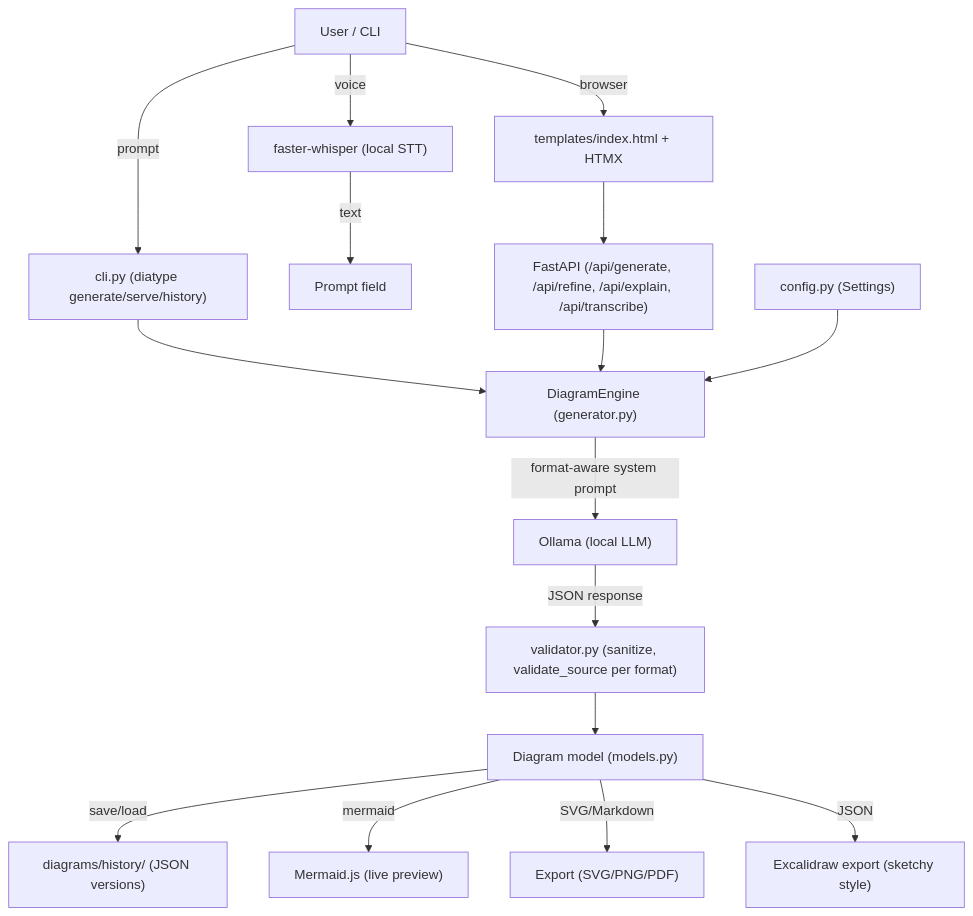
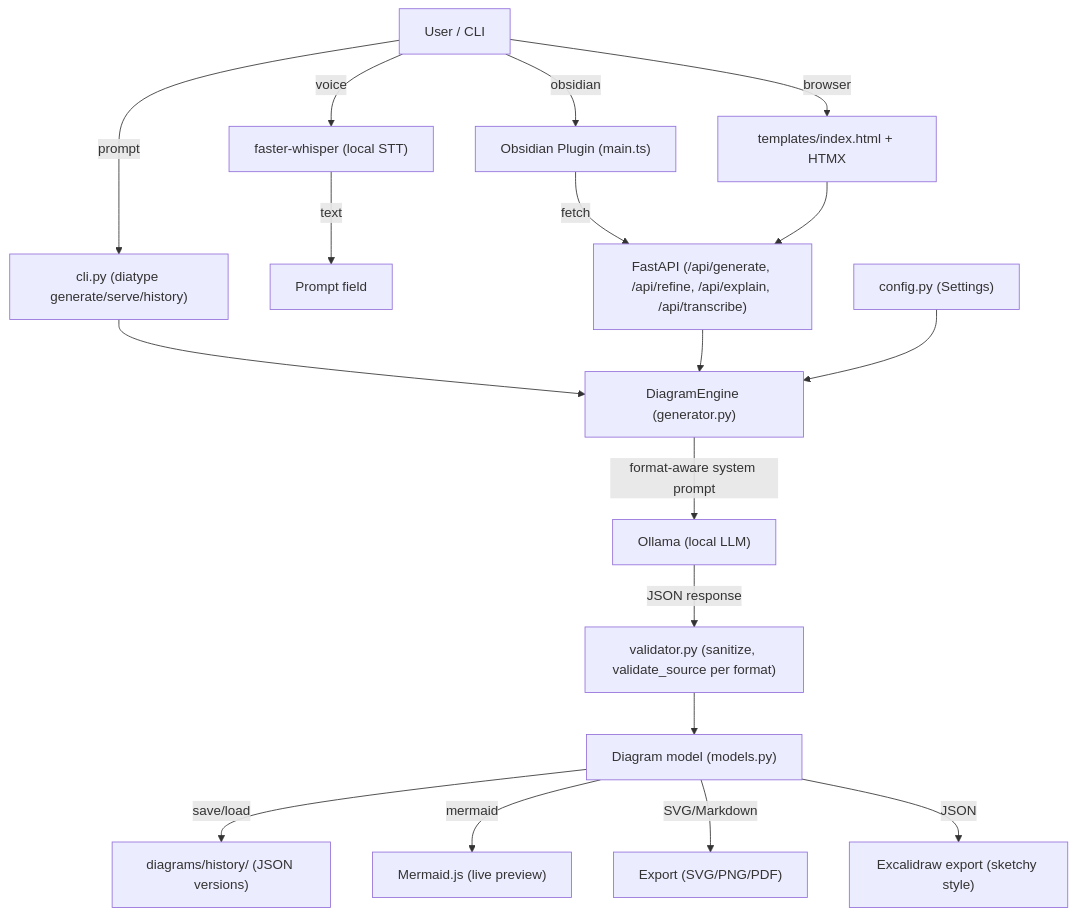
The diagram in README.md (ajendras/diatype), drawn with Mermaid before and after one commit. The commit also changed other lines of this file and 7 other files, not shown here.

Commit message:
feat(obsidian): create Obsidian plugin to insert generated diagrams

````diff
--- a/README.md
+++ b/README.md
@@ -259,18 +282,20 @@
 ```mermaid
 flowchart TD
     User[User / CLI] -->|prompt| CLI["cli.py (diatype generate/serve/history)"]
     User -->|voice| Whisper["faster-whisper (local STT)"]
     Whisper -->|text| Prompt[Prompt field]
     User -->|browser| UI["templates/index.html + HTMX"]
+    User -->|obsidian| Obsidian["Obsidian Plugin (main.ts)"]
+    Obsidian -->|fetch| FastAPI["FastAPI (/api/generate)"]
     CLI --> Engine["DiagramEngine (generator.py)"]
     UI --> FastAPI["FastAPI (/api/generate, /api/refine, /api/explain, /api/transcribe)"]
     FastAPI --> Engine
     Engine -->|format-aware system prompt| Ollama["Ollama (local LLM)"]
     Ollama -->|JSON response| Validator["validator.py (sanitize, validate_source per format)"]
     Validator --> Diagram["Diagram model (models.py)"]
     Diagram -->|save/load| History["diagrams/history/ (JSON versions)"]
     Diagram -->|mermaid| Renderer["Mermaid.js (live preview)"]
     Diagram -->|SVG/Markdown| Export["Export (SVG/PNG/PDF)"]
     Diagram -->|JSON| Excalidraw["Excalidraw export (sketchy style)"]
     Config["config.py (Settings)"] --> Engine
 ```
````
